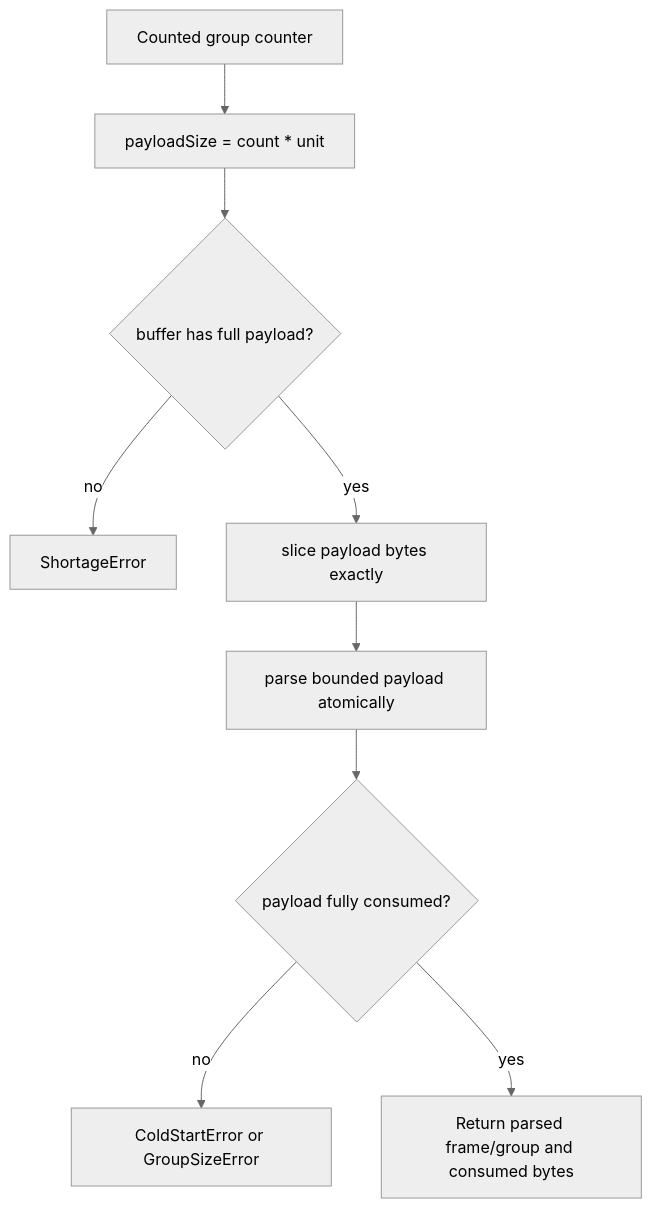
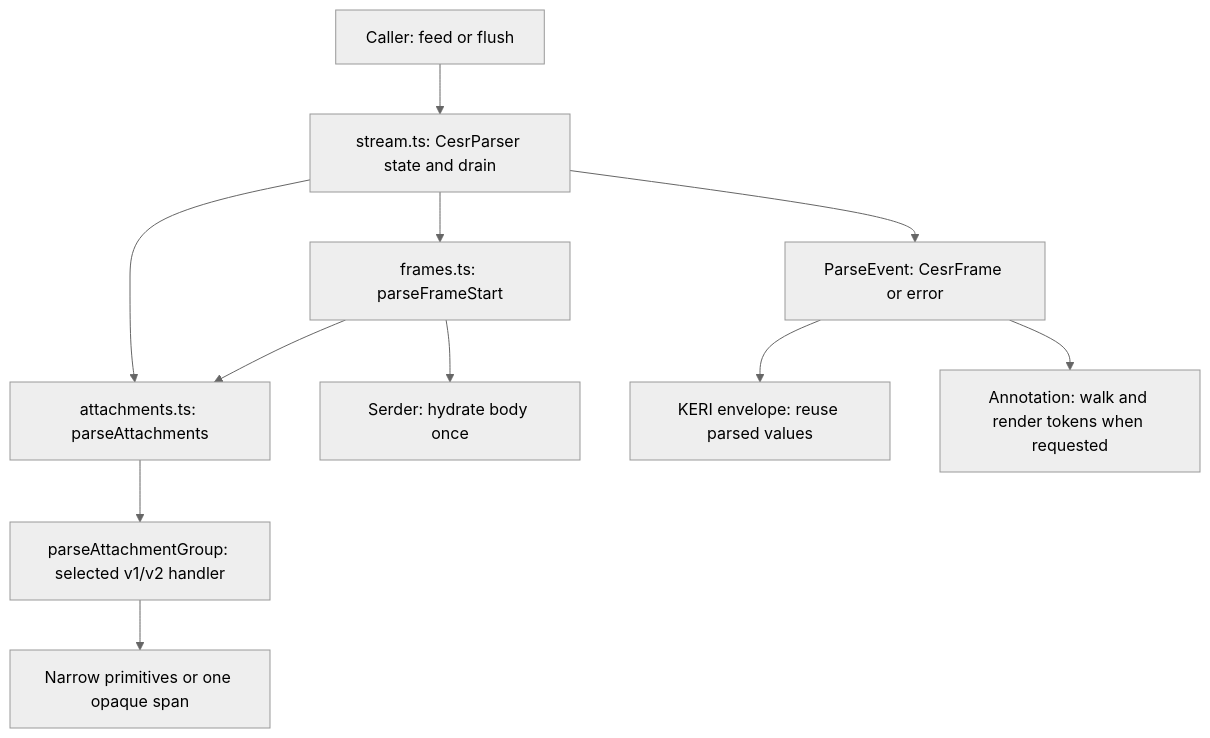
Before and after one commit to kentbull/keri-ts: the first of 2 diagrams in docs/design-docs/cesr/CESR_ATOMIC_BOUNDED_PARSER_ARCHITECTURE.md, drawn with Mermaid (neutral theme). The commit also changed other lines of this file and 55 other files, not shown here.

First line of the commit message:
Organize parsing around stream frames and attachments

````diff
--- a/docs/design-docs/cesr/CESR_ATOMIC_BOUNDED_PARSER_ARCHITECTURE.md
+++ b/docs/design-docs/cesr/CESR_ATOMIC_BOUNDED_PARSER_ARCHITECTURE.md
@@ -86,11 +10,13 @@
 ```mermaid
 flowchart TD
-    A["Counted group counter"] --> B["payloadSize = count * unit"]
-    B --> C{"buffer has full payload?"}
-    C -- "no" --> D["ShortageError"]
-    C -- "yes" --> E["slice payload bytes exactly"]
-    E --> F["parse bounded payload atomically"]
-    F --> G{"payload fully consumed?"}
-    G -- "no" --> H["ColdStartError or GroupSizeError"]
-    G -- "yes" --> I["Return parsed frame/group and consumed bytes"]
+    C["Caller: feed or flush"] --> S["stream.ts: CesrParser state and drain"]
+    S --> F["frames.ts: parseFrameStart"]
+    S --> A["attachments.ts: parseAttachments"]
+    F --> A
+    F --> B["Serder: hydrate body once"]
+    A --> G["parseAttachmentGroup: selected v1/v2 handler"]
+    G --> P["Narrow primitives or one opaque span"]
+    S --> E["ParseEvent: CesrFrame or error"]
+    E --> K["KERI envelope: reuse parsed values"]
+    E --> R["Annotation: walk and render tokens when requested"]
 ```
````
